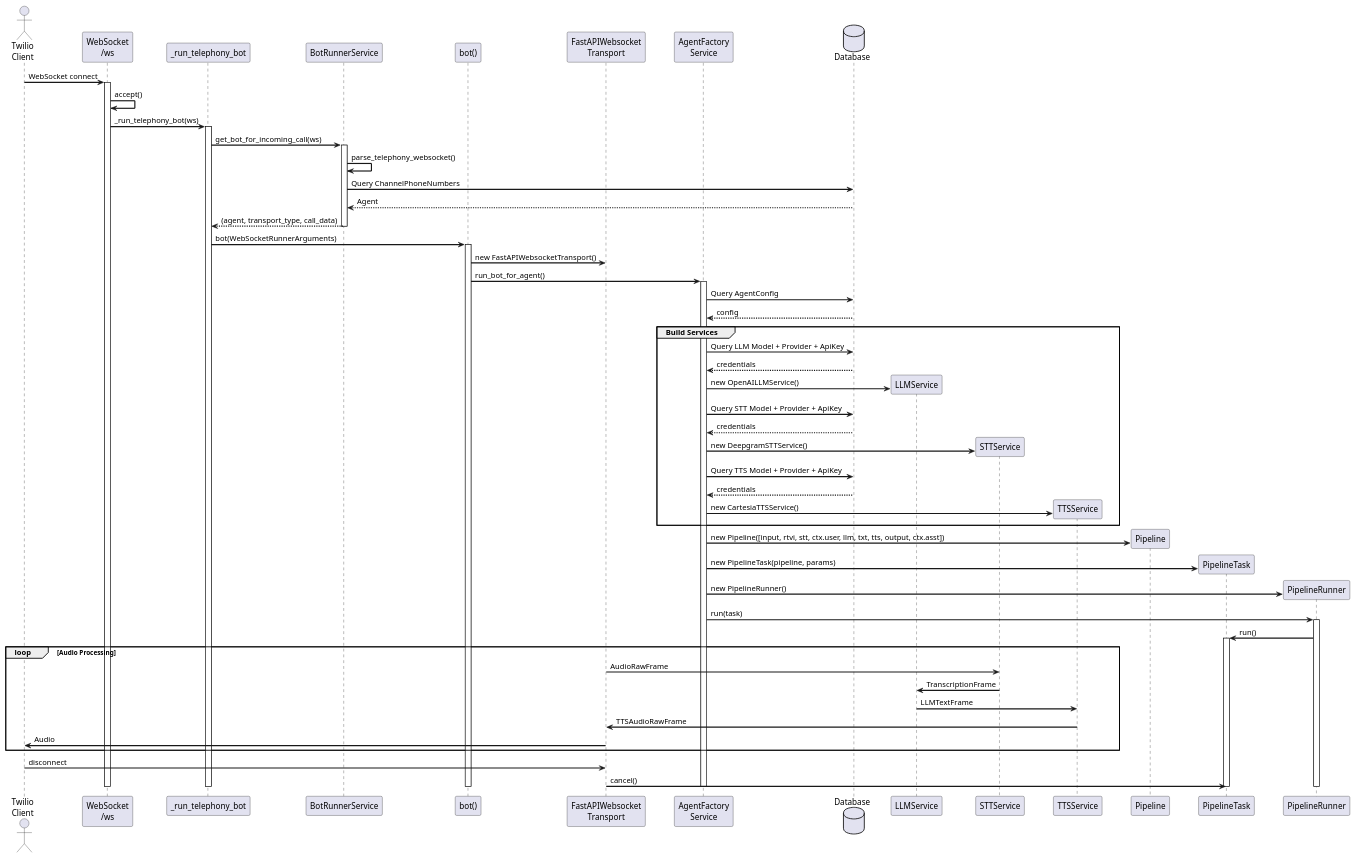
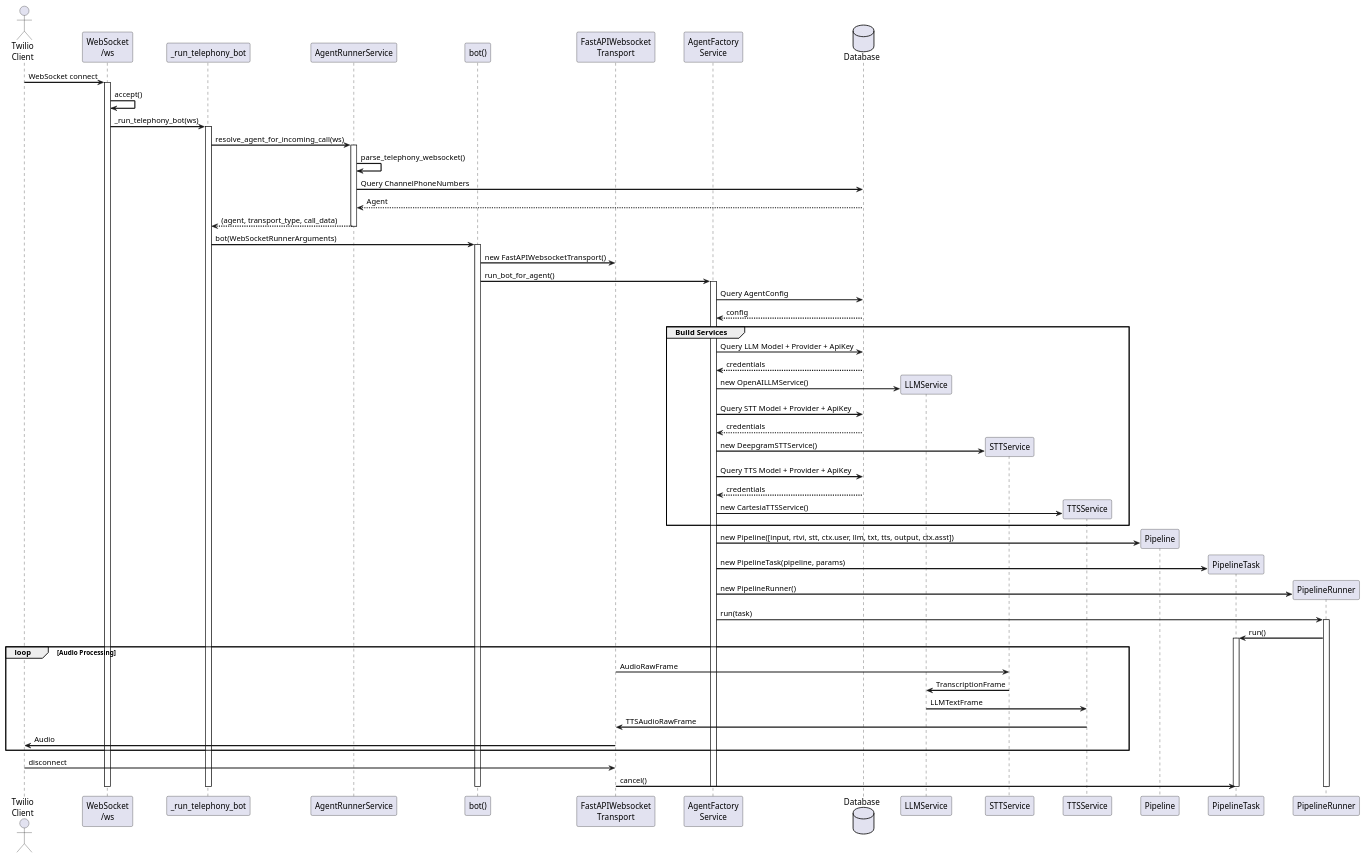
Before and after one commit to tonehq/tone: the fourth of 5 diagrams in docs/PIPELINE_ARCHITECTURE.md, drawn with PlantUML. The commit also changed other lines of this file and 28 other files, not shown here.

First line of the commit message:
Split monolithic AgentFactoryService into layered pipeline package

```diff
--- a/docs/PIPELINE_ARCHITECTURE.md
+++ b/docs/PIPELINE_ARCHITECTURE.md
@@ -657,7 +657,7 @@
 actor "Twilio\nClient" as Client
 participant "WebSocket\n/ws" as WS
 participant "_run_telephony_bot" as RTB
-participant "BotRunnerService" as BRS
+participant "AgentRunnerService" as BRS
 participant "bot()" as Bot
 participant "FastAPIWebsocket\nTransport" as Transport
 participant "AgentFactory\nService" as AFS
@@ -675,7 +675,7 @@
 WS -> RTB : _run_telephony_bot(ws)
 activate RTB
 
-RTB -> BRS : get_bot_for_incoming_call(ws)
+RTB -> BRS : resolve_agent_for_incoming_call(ws)
 activate BRS
 BRS -> BRS : parse_telephony_websocket()
 BRS -> DB : Query ChannelPhoneNumbers
```
